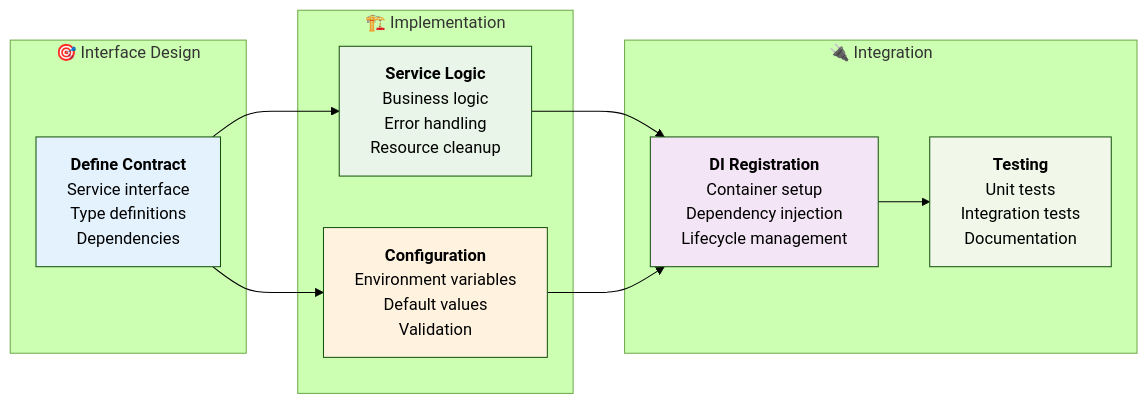
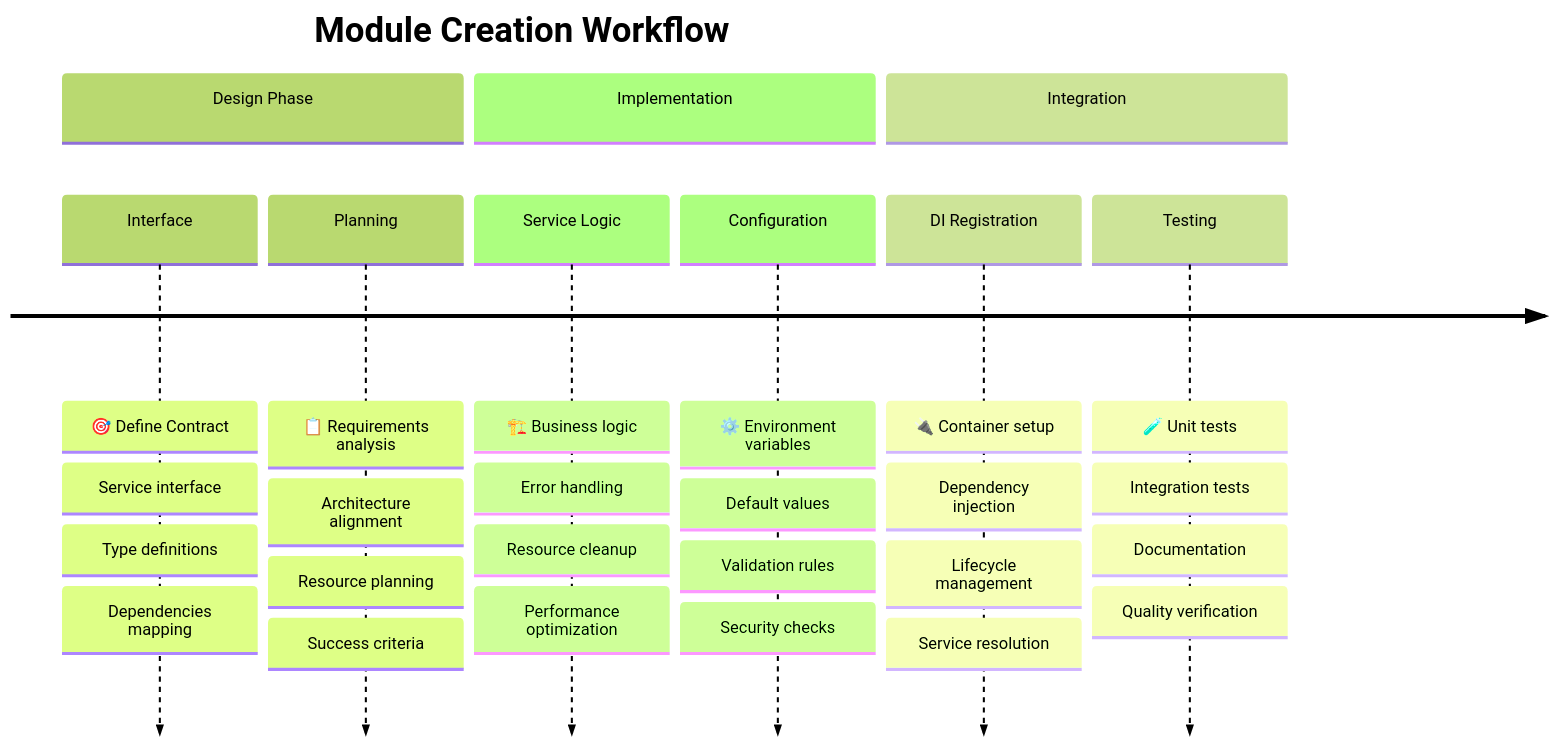
The tenth of 13 diagrams in README.md (Surebob/discord-claude), drawn with Mermaid (forest theme) before and after one commit. The commit also changed other lines of this file, not shown here.

Commit message:
Refactor README.md to enhance the module development workflow with clearer mermaid diagrams. Update sections for design, implementation, and integration phases, incorporating emoji for improved readability and organization. Streamline content to better reflect the architecture and enterprise-grade benefits.

````diff
--- a/README.md
+++ b/README.md
@@ -510,45 +510,37 @@
 ```mermaid
-graph LR
-    subgraph "🎯 Interface Design"
-        Interface["`**Define Contract**
-        Service interface
-        Type definitions
-        Dependencies`"]
-    end
+timeline
+    title Module Creation Workflow
     
-    subgraph "🏗️ Implementation"
-        Service["`**Service Logic**
-        Business logic
-        Error handling
-        Resource cleanup`"]
+    section Design Phase
+        Interface : 🎯 Define Contract
+                  : Service interface
+                  : Type definitions
+                  : Dependencies mapping
         
-        Config["`**Configuration**
-        Environment variables
-        Default values
-        Validation`"]
-    end
+        Planning : 📋 Requirements analysis
+                 : Architecture alignment
+                 : Resource planning
+                 : Success criteria
     
-    subgraph "🔌 Integration"
-        DI["`**DI Registration**
-        Container setup
-        Dependency injection
-        Lifecycle management`"]
+    section Implementation
+        Service Logic : 🏗️ Business logic
+                      : Error handling
+                      : Resource cleanup
+                      : Performance optimization
         
-        Tests["`**Testing**
-        Unit tests
-        Integration tests
-        Documentation`"]
-    end
+        Configuration : ⚙️ Environment variables
+                      : Default values
+                      : Validation rules
+                      : Security checks
     
-    Interface --> Service
-    Interface --> Config
-    Service --> DI
-    Config --> DI
-    DI --> Tests
-    
-    style Interface fill:#e3f2fd
-    style Service fill:#e8f5e8
-    style Config fill:#fff3e0
-    style DI fill:#f3e5f5
-    style Tests fill:#f1f8e9
+    section Integration
+        DI Registration : 🔌 Container setup
+                        : Dependency injection
+                        : Lifecycle management
+                        : Service resolution
+        
+        Testing : 🧪 Unit tests
+                : Integration tests
+                : Documentation
+                : Quality verification
 ```
````
